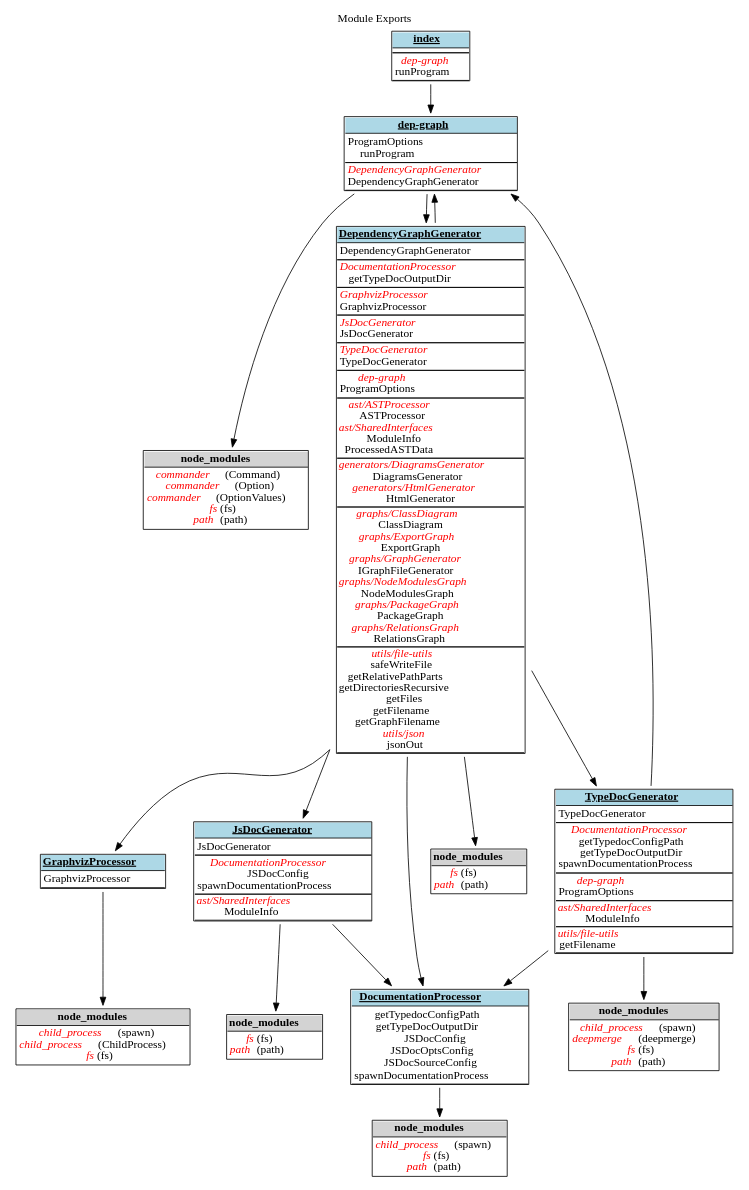
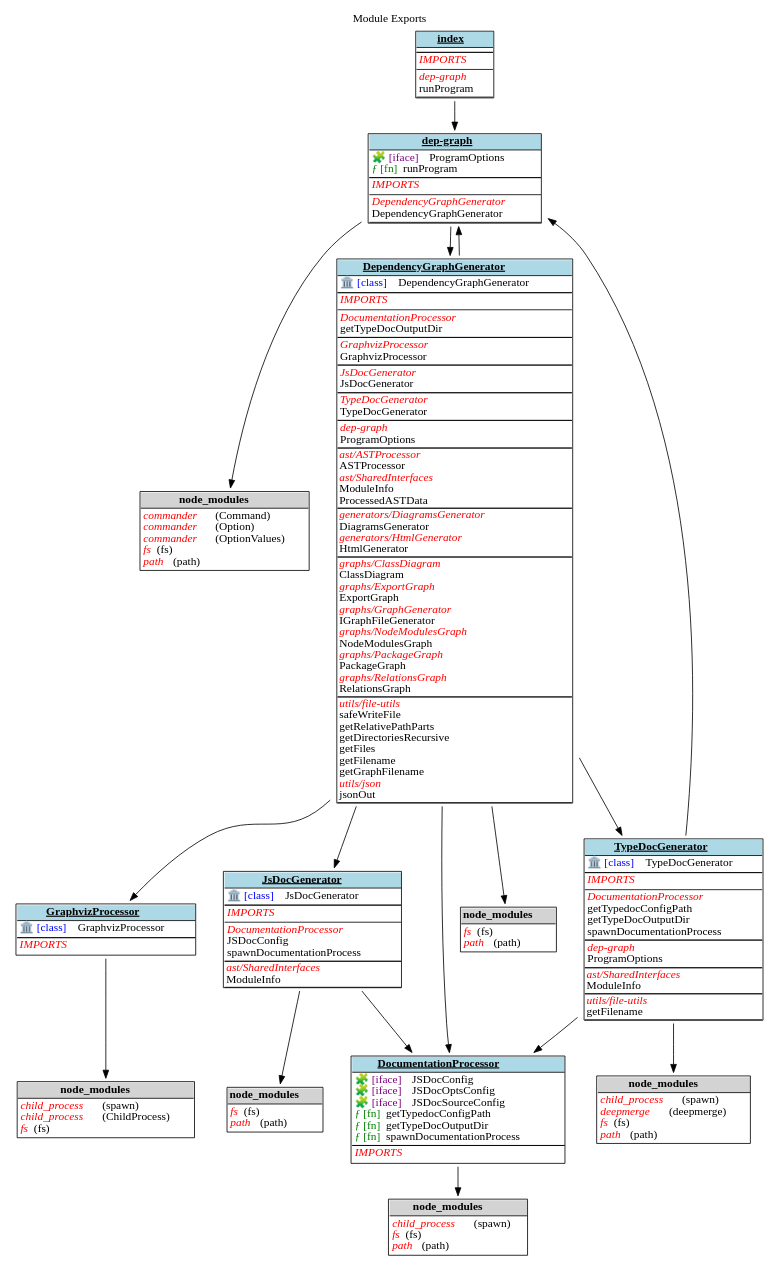
One commit to fleebe/GitHubPages changed the diagram in dep-graph-ts/_ExportGraph.dot. Above: the diagram before and after it, drawn with Graphviz. The commit also changed 22 other files, not shown here.

Commit message:
Update docs for dep-graph-ts from fleebe/dep-graph-ts workflow

```diff
--- a/dep-graph-ts/_ExportGraph.dot
+++ b/dep-graph-ts/_ExportGraph.dot
@@ -1,66 +1,72 @@
 digraph {label=" Module Exports";
 labelloc="t";
 "dep-graph" [shape=none, label=<<TABLE cellspacing="0" cellborder="0" align="left">
-<TR><TD bgcolor="lightblue" HREF="tsdocs\modules\dep-graph.html" TARGET="_blank" align="center"><U><B>dep-graph</B></U></TD></TR>
-<TR><TD BORDER="1" SIDES="TB" align="left">
-ProgramOptions<BR/>
-runProgram<BR/>
+<TR><TD bgcolor="lightblue" HREF="tsdocs\modules\dep-graph.html" TARGET="_blank" align="CENTER"><U><B>dep-graph</B></U></TD></TR>
+<TR><TD BORDER="1" SIDES="TB" ALIGN="LEFT" BALIGN="LEFT">
+<font color='purple'>🧩 [iface]</font>  ProgramOptions<BR/>
+<font color='green'>ƒ [fn]</font>  runProgram<BR/>
 </TD></TR>
-<TR><TD BORDER="1" SIDES="TB" align="left">
+<TR><TD BORDER="1" SIDES="T" align="LEFT">
+<font color="red"><I>IMPORTS</I></font><BR/>
+</TD></TR>
+<TR><TD BORDER="1" SIDES="TB" align="left" BALIGN="LEFT">
 <font color="red"><I>DependencyGraphGenerator</I></font><BR/>
 DependencyGraphGenerator<BR/>
 </TD></TR>
 </TABLE>>];
 "dep-graph-node_modules" [shape=none, label=<<TABLE cellspacing="0" cellborder="0" align="left">
 <TR><TD bgcolor="lightgrey" align="center"><B>node_modules</B></TD></TR>
-<TR><TD BORDER="1" SIDES="T" align="left">
-<font color="red"><I>commander</I></font> (Command)<BR/>
-<font color="red"><I>commander</I></font> (Option)<BR/>
-<font color="red"><I>commander</I></font> (OptionValues)<BR/>
-<font color="red"><I>fs</I></font> (fs)<BR/>
-<font color="red"><I>path</I></font> (path)<BR/>
+<TR><TD BORDER="1" SIDES="T" align="left" BALIGN="LEFT">
+<font color="red"><I>commander</I></font>  (Command)<BR/>
+<font color="red"><I>commander</I></font>  (Option)<BR/>
+<font color="red"><I>commander</I></font>  (OptionValues)<BR/>
+<font color="red"><I>fs</I></font>  (fs)<BR/>
+<font color="red"><I>path</I></font>  (path)<BR/>
 </TD></TR>
 </TABLE>>];
 "dep-graph"->"dep-graph-node_modules";
 "DependencyGraphGenerator" [shape=none, label=<<TABLE cellspacing="0" cellborder="0" align="left">
-<TR><TD bgcolor="lightblue" HREF="tsdocs\modules\DependencyGraphGenerator.html" TARGET="_blank" align="center"><U><B>DependencyGraphGenerator</B></U></TD></TR>
-<TR><TD BORDER="1" SIDES="TB" align="left">
-DependencyGraphGenerator<BR/>
+<TR><TD bgcolor="lightblue" HREF="tsdocs\modules\DependencyGraphGenerator.html" TARGET="_blank" align="CENTER"><U><B>DependencyGraphGenerator</B></U></TD></TR>
+<TR><TD BORDER="1" SIDES="TB" ALIGN="LEFT" BALIGN="LEFT">
+<font color='blue'>🏛️ [class]</font>  DependencyGraphGenerator<BR/>
 </TD></TR>
-<TR><TD BORDER="1" SIDES="TB" align="left">
+<TR><TD BORDER="1" SIDES="T" align="LEFT">
+<font color="red"><I>IMPORTS</I></font><BR/>
+</TD></TR>
+<TR><TD BORDER="1" SIDES="TB" align="left" BALIGN="LEFT">
 <font color="red"><I>DocumentationProcessor</I></font><BR/>
 getTypeDocOutputDir<BR/>
 </TD></TR>
-<TR><TD BORDER="1" SIDES="TB" align="left">
+<TR><TD BORDER="1" SIDES="TB" align="left" BALIGN="LEFT">
 <font color="red"><I>GraphvizProcessor</I></font><BR/>
 GraphvizProcessor<BR/>
 </TD></TR>
-<TR><TD BORDER="1" SIDES="TB" align="left">
+<TR><TD BORDER="1" SIDES="TB" align="left" BALIGN="LEFT">
 <font color="red"><I>JsDocGenerator</I></font><BR/>
 JsDocGenerator<BR/>
 </TD></TR>
-<TR><TD BORDER="1" SIDES="TB" align="left">
+<TR><TD BORDER="1" SIDES="TB" align="left" BALIGN="LEFT">
 <font color="red"><I>TypeDocGenerator</I></font><BR/>
 TypeDocGenerator<BR/>
 </TD></TR>
-<TR><TD BORDER="1" SIDES="TB" align="left">
+<TR><TD BORDER="1" SIDES="TB" align="left" BALIGN="LEFT">
 <font color="red"><I>dep-graph</I></font><BR/>
 ProgramOptions<BR/>
 </TD></TR>
-<TR><TD BORDER="1" SIDES="TB" cellpadding="1" align="left">
+<TR><TD BORDER="1" SIDES="TB" cellpadding="1" align="left" BALIGN="LEFT">
 <font color="red"><I>ast/ASTProcessor</I></font><BR/>
 ASTProcessor<BR/>
 <font color="red"><I>ast/SharedInterfaces</I></font><BR/>
 ModuleInfo<BR/>
 ProcessedASTData<BR/>
 </TD></TR>
-<TR><TD BORDER="1" SIDES="TB" cellpadding="1" align="left">
+<TR><TD BORDER="1" SIDES="TB" cellpadding="1" align="left" BALIGN="LEFT">
 <font color="red"><I>generators/DiagramsGenerator</I></font><BR/>
 DiagramsGenerator<BR/>
 <font color="red"><I>generators/HtmlGenerator</I></font><BR/>
 HtmlGenerator<BR/>
 </TD></TR>
-<TR><TD BORDER="1" SIDES="TB" cellpadding="1" align="left">
+<TR><TD BORDER="1" SIDES="TB" cellpadding="1" align="left" BALIGN="LEFT">
 <font color="red"><I>graphs/ClassDiagram</I></font><BR/>
 ClassDiagram<BR/>
 <font color="red"><I>graphs/ExportGraph</I></font><BR/>
@@ -74,7 +80,7 @@
 <font color="red"><I>graphs/RelationsGraph</I></font><BR/>
 RelationsGraph<BR/>
 </TD></TR>
-<TR><TD BORDER="1" SIDES="TB" cellpadding="1" align="left">
+<TR><TD BORDER="1" SIDES="TB" cellpadding="1" align="left" BALIGN="LEFT">
 <font color="red"><I>utils/file-utils</I></font><BR/>
 safeWriteFile<BR/>
 getRelativePathParts<BR/>
@@ -88,110 +94,125 @@
 </TABLE>>];
 "DependencyGraphGenerator-node_modules" [shape=none, label=<<TABLE cellspacing="0" cellborder="0" align="left">
 <TR><TD bgcolor="lightgrey" align="center"><B>node_modules</B></TD></TR>
-<TR><TD BORDER="1" SIDES="T" align="left">
-<font color="red"><I>fs</I></font> (fs)<BR/>
-<font color="red"><I>path</I></font> (path)<BR/>
+<TR><TD BORDER="1" SIDES="T" align="left" BALIGN="LEFT">
+<font color="red"><I>fs</I></font>  (fs)<BR/>
+<font color="red"><I>path</I></font>  (path)<BR/>
 </TD></TR>
 </TABLE>>];
 "DependencyGraphGenerator"->"DependencyGraphGenerator-node_modules";
 "DocumentationProcessor" [shape=none, label=<<TABLE cellspacing="0" cellborder="0" align="left">
-<TR><TD bgcolor="lightblue" HREF="tsdocs\modules\DocumentationProcessor.html" TARGET="_blank" align="center"><U><B>DocumentationProcessor</B></U></TD></TR>
-<TR><TD BORDER="1" SIDES="TB" align="left">
-getTypedocConfigPath<BR/>
-getTypeDocOutputDir<BR/>
-JSDocConfig<BR/>
-JSDocOptsConfig<BR/>
-JSDocSourceConfig<BR/>
-spawnDocumentationProcess<BR/>
+<TR><TD bgcolor="lightblue" HREF="tsdocs\modules\DocumentationProcessor.html" TARGET="_blank" align="CENTER"><U><B>DocumentationProcessor</B></U></TD></TR>
+<TR><TD BORDER="1" SIDES="TB" ALIGN="LEFT" BALIGN="LEFT">
+<font color='purple'>🧩 [iface]</font>  JSDocConfig<BR/>
+<font color='purple'>🧩 [iface]</font>  JSDocOptsConfig<BR/>
+<font color='purple'>🧩 [iface]</font>  JSDocSourceConfig<BR/>
+<font color='green'>ƒ [fn]</font>  getTypedocConfigPath<BR/>
+<font color='green'>ƒ [fn]</font>  getTypeDocOutputDir<BR/>
+<font color='green'>ƒ [fn]</font>  spawnDocumentationProcess<BR/>
+</TD></TR>
+<TR><TD BORDER="1" SIDES="T" align="LEFT">
+<font color="red"><I>IMPORTS</I></font><BR/>
 </TD></TR>
 </TABLE>>];
 "DocumentationProcessor-node_modules" [shape=none, label=<<TABLE cellspacing="0" cellborder="0" align="left">
 <TR><TD bgcolor="lightgrey" align="center"><B>node_modules</B></TD></TR>
-<TR><TD BORDER="1" SIDES="T" align="left">
-<font color="red"><I>child_process</I></font> (spawn)<BR/>
-<font color="red"><I>fs</I></font> (fs)<BR/>
-<font color="red"><I>path</I></font> (path)<BR/>
+<TR><TD BORDER="1" SIDES="T" align="left" BALIGN="LEFT">
+<font color="red"><I>child_process</I></font>  (spawn)<BR/>
+<font color="red"><I>fs</I></font>  (fs)<BR/>
+<font color="red"><I>path</I></font>  (path)<BR/>
 </TD></TR>
 </TABLE>>];
 "DocumentationProcessor"->"DocumentationProcessor-node_modules";
 "GraphvizProcessor" [shape=none, label=<<TABLE cellspacing="0" cellborder="0" align="left">
-<TR><TD bgcolor="lightblue" HREF="tsdocs\modules\GraphvizProcessor.html" TARGET="_blank" align="center"><U><B>GraphvizProcessor</B></U></TD></TR>
-<TR><TD BORDER="1" SIDES="TB" align="left">
-GraphvizProcessor<BR/>
+<TR><TD bgcolor="lightblue" HREF="tsdocs\modules\GraphvizProcessor.html" TARGET="_blank" align="CENTER"><U><B>GraphvizProcessor</B></U></TD></TR>
+<TR><TD BORDER="1" SIDES="TB" ALIGN="LEFT" BALIGN="LEFT">
+<font color='blue'>🏛️ [class]</font>  GraphvizProcessor<BR/>
+</TD></TR>
+<TR><TD BORDER="1" SIDES="T" align="LEFT">
+<font color="red"><I>IMPORTS</I></font><BR/>
 </TD></TR>
 </TABLE>>];
 "GraphvizProcessor-node_modules" [shape=none, label=<<TABLE cellspacing="0" cellborder="0" align="left">
 <TR><TD bgcolor="lightgrey" align="center"><B>node_modules</B></TD></TR>
-<TR><TD BORDER="1" SIDES="T" align="left">
-<font color="red"><I>child_process</I></font> (spawn)<BR/>
-<font color="red"><I>child_process</I></font> (ChildProcess)<BR/>
-<font color="red"><I>fs</I></font> (fs)<BR/>
+<TR><TD BORDER="1" SIDES="T" align="left" BALIGN="LEFT">
+<font color="red"><I>child_process</I></font>  (spawn)<BR/>
+<font color="red"><I>child_process</I></font>  (ChildProcess)<BR/>
+<font color="red"><I>fs</I></font>  (fs)<BR/>
 </TD></TR>
 </TABLE>>];
 "GraphvizProcessor"->"GraphvizProcessor-node_modules";
 "index" [shape=none, label=<<TABLE cellspacing="0" cellborder="0" align="left">
-<TR><TD bgcolor="lightblue" HREF="tsdocs\modules\index.html" TARGET="_blank" align="center"><U><B>index</B></U></TD></TR>
-<TR><TD BORDER="1" SIDES="TB" align="left">
+<TR><TD bgcolor="lightblue" HREF="tsdocs\modules\index.html" TARGET="_blank" align="CENTER"><U><B>index</B></U></TD></TR>
+<TR><TD BORDER="1" SIDES="TB" ALIGN="LEFT" BALIGN="LEFT">
 </TD></TR>
-<TR><TD BORDER="1" SIDES="TB" align="left">
+<TR><TD BORDER="1" SIDES="T" align="LEFT">
+<font color="red"><I>IMPORTS</I></font><BR/>
+</TD></TR>
+<TR><TD BORDER="1" SIDES="TB" align="left" BALIGN="LEFT">
 <font color="red"><I>dep-graph</I></font><BR/>
 runProgram<BR/>
 </TD></TR>
 </TABLE>>];
 "JsDocGenerator" [shape=none, label=<<TABLE cellspacing="0" cellborder="0" align="left">
-<TR><TD bgcolor="lightblue" HREF="tsdocs\modules\JsDocGenerator.html" TARGET="_blank" align="center"><U><B>JsDocGenerator</B></U></TD></TR>
-<TR><TD BORDER="1" SIDES="TB" align="left">
-JsDocGenerator<BR/>
+<TR><TD bgcolor="lightblue" HREF="tsdocs\modules\JsDocGenerator.html" TARGET="_blank" align="CENTER"><U><B>JsDocGenerator</B></U></TD></TR>
+<TR><TD BORDER="1" SIDES="TB" ALIGN="LEFT" BALIGN="LEFT">
+<font color='blue'>🏛️ [class]</font>  JsDocGenerator<BR/>
 </TD></TR>
-<TR><TD BORDER="1" SIDES="TB" align="left">
+<TR><TD BORDER="1" SIDES="T" align="LEFT">
+<font color="red"><I>IMPORTS</I></font><BR/>
+</TD></TR>
+<TR><TD BORDER="1" SIDES="TB" align="left" BALIGN="LEFT">
 <font color="red"><I>DocumentationProcessor</I></font><BR/>
 JSDocConfig<BR/>
 spawnDocumentationProcess<BR/>
 </TD></TR>
-<TR><TD BORDER="1" SIDES="TB" cellpadding="1" align="left">
+<TR><TD BORDER="1" SIDES="TB" cellpadding="1" align="left" BALIGN="LEFT">
 <font color="red"><I>ast/SharedInterfaces</I></font><BR/>
 ModuleInfo<BR/>
 </TD></TR>
 </TABLE>>];
 "JsDocGenerator-node_modules" [shape=none, label=<<TABLE cellspacing="0" cellborder="0" align="left">
 <TR><TD bgcolor="lightgrey" align="center"><B>node_modules</B></TD></TR>
-<TR><TD BORDER="1" SIDES="T" align="left">
-<font color="red"><I>fs</I></font> (fs)<BR/>
-<font color="red"><I>path</I></font> (path)<BR/>
+<TR><TD BORDER="1" SIDES="T" align="left" BALIGN="LEFT">
+<font color="red"><I>fs</I></font>  (fs)<BR/>
+<font color="red"><I>path</I></font>  (path)<BR/>
 </TD></TR>
 </TABLE>>];
 "JsDocGenerator"->"JsDocGenerator-node_modules";
 "TypeDocGenerator" [shape=none, label=<<TABLE cellspacing="0" cellborder="0" align="left">
-<TR><TD bgcolor="lightblue" HREF="tsdocs\modules\TypeDocGenerator.html" TARGET="_blank" align="center"><U><B>TypeDocGenerator</B></U></TD></TR>
-<TR><TD BORDER="1" SIDES="TB" align="left">
-TypeDocGenerator<BR/>
+<TR><TD bgcolor="lightblue" HREF="tsdocs\modules\TypeDocGenerator.html" TARGET="_blank" align="CENTER"><U><B>TypeDocGenerator</B></U></TD></TR>
+<TR><TD BORDER="1" SIDES="TB" ALIGN="LEFT" BALIGN="LEFT">
+<font color='blue'>🏛️ [class]</font>  TypeDocGenerator<BR/>
 </TD></TR>
-<TR><TD BORDER="1" SIDES="TB" align="left">
+<TR><TD BORDER="1" SIDES="T" align="LEFT">
+<font color="red"><I>IMPORTS</I></font><BR/>
+</TD></TR>
+<TR><TD BORDER="1" SIDES="TB" align="left" BALIGN="LEFT">
 <font color="red"><I>DocumentationProcessor</I></font><BR/>
 getTypedocConfigPath<BR/>
 getTypeDocOutputDir<BR/>
 spawnDocumentationProcess<BR/>
 </TD></TR>
-<TR><TD BORDER="1" SIDES="TB" align="left">
+<TR><TD BORDER="1" SIDES="TB" align="left" BALIGN="LEFT">
 <font color="red"><I>dep-graph</I></font><BR/>
 ProgramOptions<BR/>
 </TD></TR>
-<TR><TD BORDER="1" SIDES="TB" cellpadding="1" align="left">
+<TR><TD BORDER="1" SIDES="TB" cellpadding="1" align="left" BALIGN="LEFT">
 <font color="red"><I>ast/SharedInterfaces</I></font><BR/>
 ModuleInfo<BR/>
 </TD></TR>
-<TR><TD BORDER="1" SIDES="TB" cellpadding="1" align="left">
+<TR><TD BORDER="1" SIDES="TB" cellpadding="1" align="left" BALIGN="LEFT">
 <font color="red"><I>utils/file-utils</I></font><BR/>
 getFilename<BR/>
 </TD></TR>
 </TABLE>>];
 "TypeDocGenerator-node_modules" [shape=none, label=<<TABLE cellspacing="0" cellborder="0" align="left">
 <TR><TD bgcolor="lightgrey" align="center"><B>node_modules</B></TD></TR>
-<TR><TD BORDER="1" SIDES="T" align="left">
-<font color="red"><I>child_process</I></font> (spawn)<BR/>
-<font color="red"><I>deepmerge</I></font> (deepmerge)<BR/>
-<font color="red"><I>fs</I></font> (fs)<BR/>
-<font color="red"><I>path</I></font> (path)<BR/>
+<TR><TD BORDER="1" SIDES="T" align="left" BALIGN="LEFT">
+<font color="red"><I>child_process</I></font>  (spawn)<BR/>
+<font color="red"><I>deepmerge</I></font>  (deepmerge)<BR/>
+<font color="red"><I>fs</I></font>  (fs)<BR/>
+<font color="red"><I>path</I></font>  (path)<BR/>
 </TD></TR>
 </TABLE>>];
 "TypeDocGenerator"->"TypeDocGenerator-node_modules";
```
